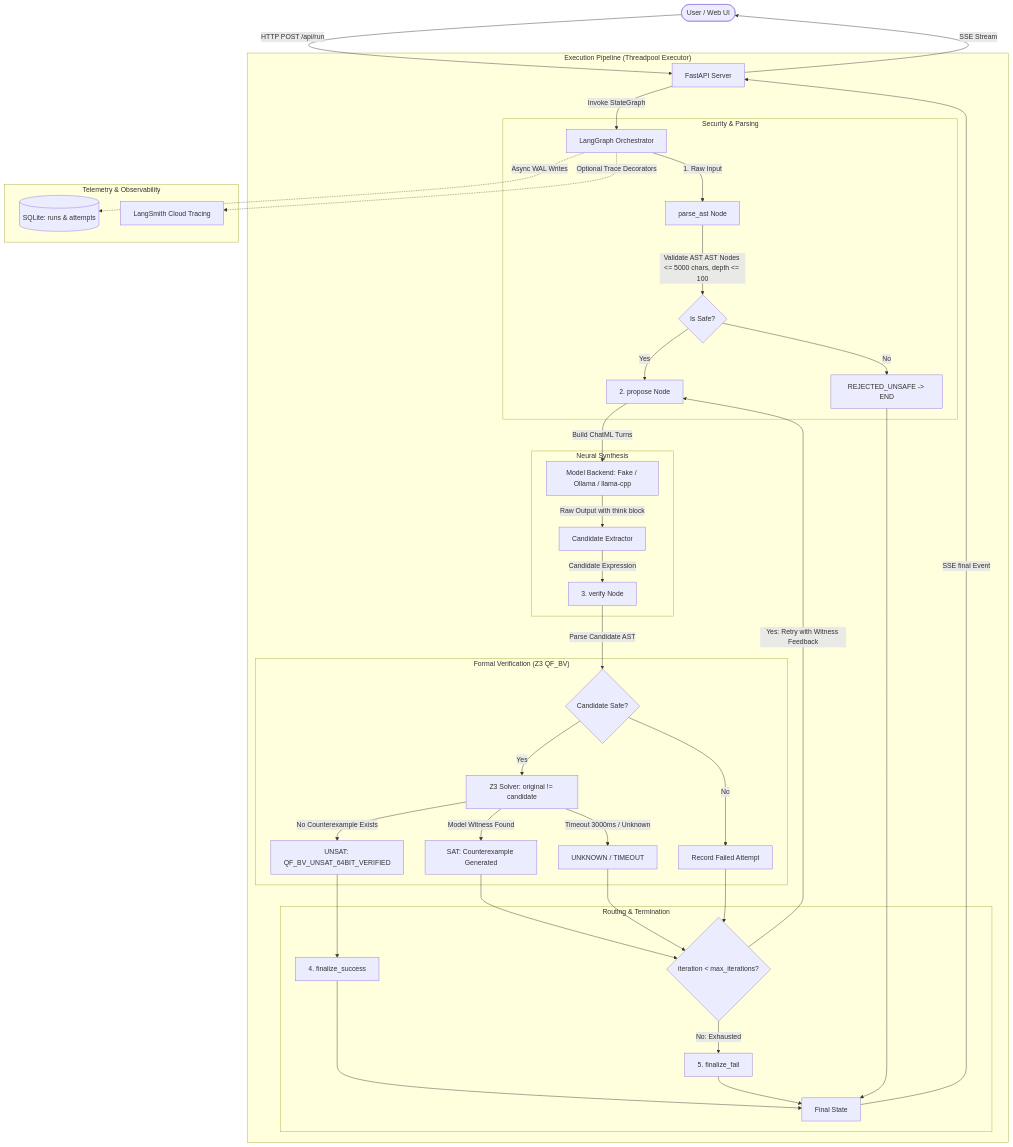
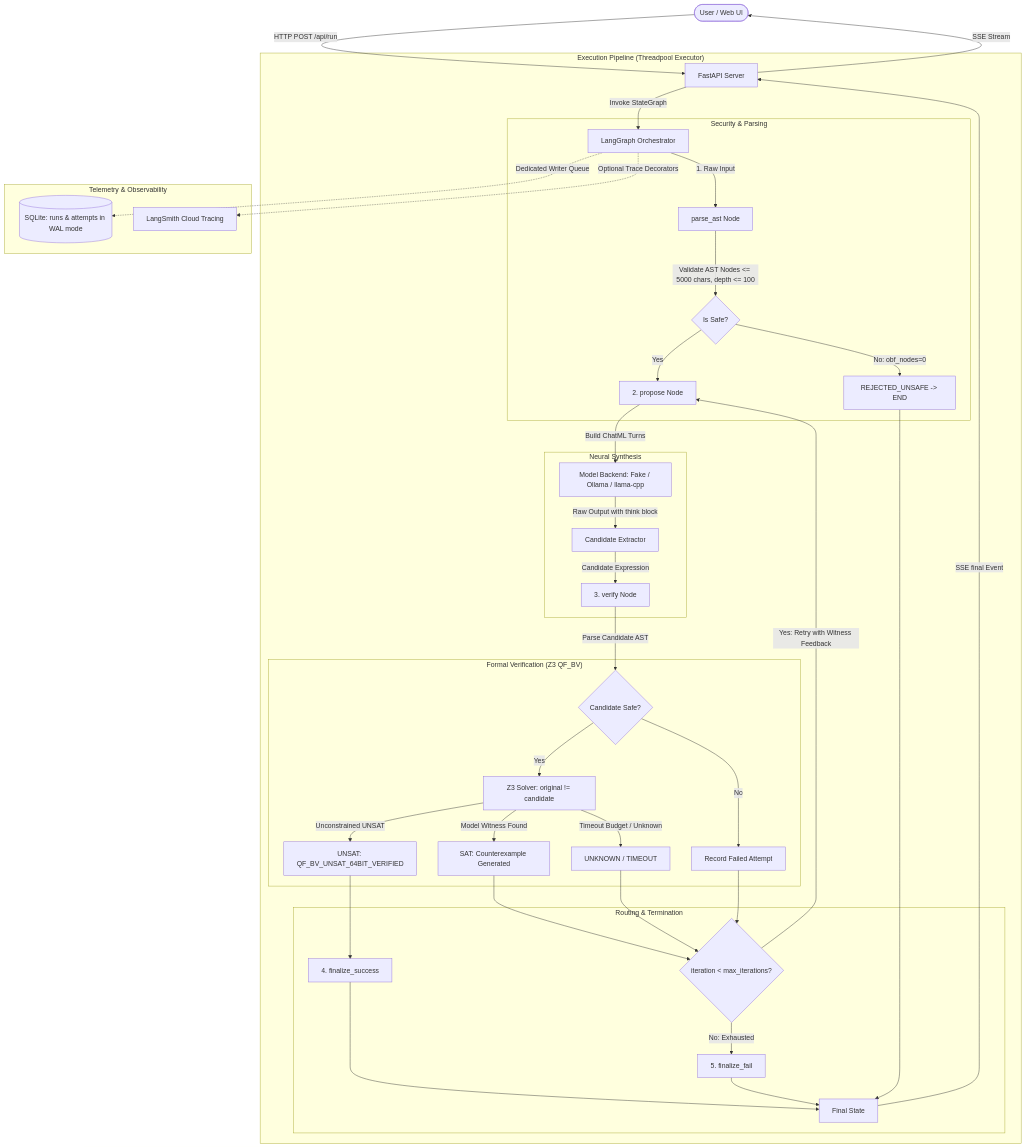
The diagram in ARCHITECTURE.md (rthivisha/palimpsest), drawn with Mermaid before and after one commit. The commit also changed other lines of this file and 8 other files, not shown here.

Commit message:
docs(arch): update architecture spec with Phase 3 frozen event order, 429 lock, and bridge design

````diff
--- a/ARCHITECTURE.md
+++ b/ARCHITECTURE.md
@@ -26,50 +26,50 @@
 ```mermaid
 flowchart TD
     User([User / Web UI]) -->|HTTP POST /api/run| API[FastAPI Server]
     API -->|SSE Stream| User
 
     subgraph "Execution Pipeline (Threadpool Executor)"
         API -->|Invoke StateGraph| LG[LangGraph Orchestrator]
 
         subgraph "Security & Parsing"
             LG -->|1. Raw Input| NodeAST[parse_ast Node]
-            NodeAST -->|Validate AST AST Nodes <= 5000 chars, depth <= 100| SafeAST{Is Safe?}
-            SafeAST -->|No| RejectNode[REJECTED_UNSAFE -> END]
+            NodeAST -->|Validate AST Nodes <= 5000 chars, depth <= 100| SafeAST{Is Safe?}
+            SafeAST -->|No: obf_nodes=0| RejectNode[REJECTED_UNSAFE -> END]
             SafeAST -->|Yes| ProposeNode[2. propose Node]
         end
 
         subgraph "Neural Synthesis"
             ProposeNode -->|Build ChatML Turns| LLMBackend[Model Backend: Fake / Ollama / llama-cpp]
             LLMBackend -->|Raw Output with think block| CandExtract[Candidate Extractor]
             CandExtract -->|Candidate Expression| VerifyNode[3. verify Node]
         end
 
         subgraph "Formal Verification (Z3 QF_BV)"
             VerifyNode -->|Parse Candidate AST| VerifySafety{Candidate Safe?}
             VerifySafety -->|No| FailAttempt[Record Failed Attempt]
             VerifySafety -->|Yes| Z3Miter[Z3 Solver: original != candidate]
-            Z3Miter -->|Timeout 3000ms / Unknown| Z3Timeout[UNKNOWN / TIMEOUT]
+            Z3Miter -->|Timeout Budget / Unknown| Z3Timeout[UNKNOWN / TIMEOUT]
             Z3Miter -->|Model Witness Found| Z3SAT[SAT: Counterexample Generated]
-            Z3Miter -->|No Counterexample Exists| Z3UNSAT[UNSAT: QF_BV_UNSAT_64BIT_VERIFIED]
+            Z3Miter -->|Unconstrained UNSAT| Z3UNSAT[UNSAT: QF_BV_UNSAT_64BIT_VERIFIED]
         end
 
         subgraph "Routing & Termination"
             Z3UNSAT --> SuccessNode[4. finalize_success]
             Z3SAT --> Router{iteration < max_iterations?}
             Z3Timeout --> Router
             FailAttempt --> Router
             Router -->|Yes: Retry with Witness Feedback| ProposeNode
             Router -->|No: Exhausted| FailNode[5. finalize_fail]
             SuccessNode --> OutputState[Final State]
             FailNode --> OutputState
             RejectNode --> OutputState
         end
     end
 
     subgraph "Telemetry & Observability"
-        LG -.->|Async WAL Writes| SQLite[(SQLite: runs & attempts)]
+        LG -.->|Dedicated Writer Queue| SQLite[(SQLite: runs & attempts in WAL mode)]
         LG -.->|Optional Trace Decorators| LangSmith[LangSmith Cloud Tracing]
     end
 
     OutputState -->|SSE final Event| API
 ```
````
